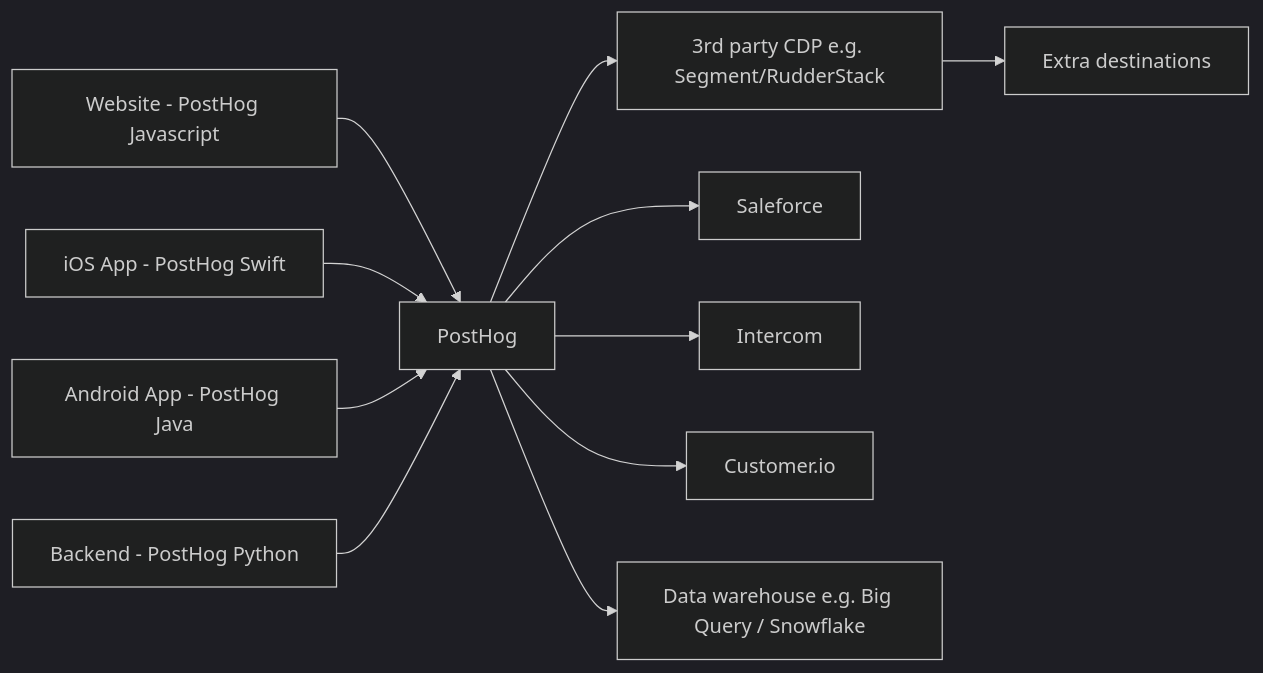
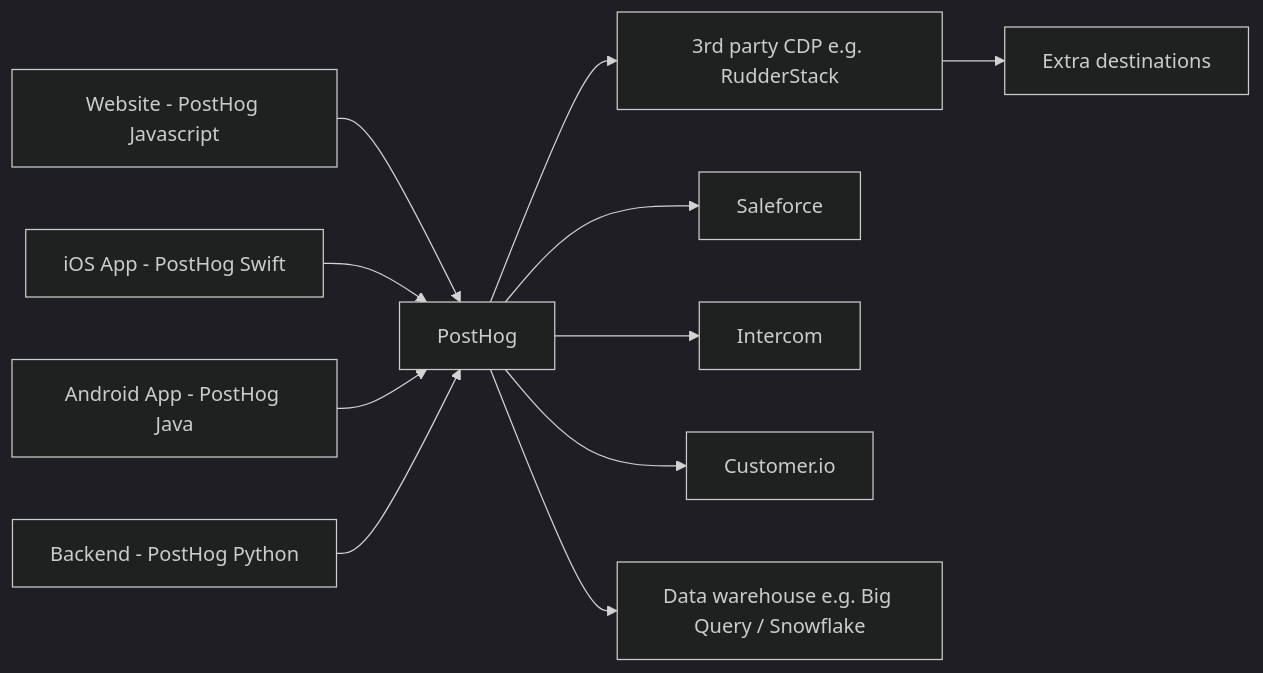
One commit to PostHog/posthog.com changed the fifth of 5 diagrams in contents/docs/advanced/cdp.md. Above: the diagram before and after it, drawn with Mermaid (dark theme).

Commit message:
remove segment as a CDP destination from PostHog

````diff
--- a/contents/docs/advanced/cdp.md
+++ b/contents/docs/advanced/cdp.md
@@ -124,13 +124,13 @@
 ```mermaid
 graph LR
 A[Website - PostHog Javascript] --> B[PostHog]
 C[iOS App - PostHog Swift] --> B[PostHog]
 D[Android App - PostHog Java] --> B[PostHog]
 E[Backend - PostHog Python] --> B[PostHog]
 B --> G
-G[3rd party CDP e.g. Segment/RudderStack] --> N[Extra destinations]
+G[3rd party CDP e.g. RudderStack] --> N[Extra destinations]
 B --> H[Saleforce]
 B --> I[Intercom]
 B --> K[Customer.io]
 B --> F[Data warehouse e.g. Big Query / Snowflake]
 ```
````
